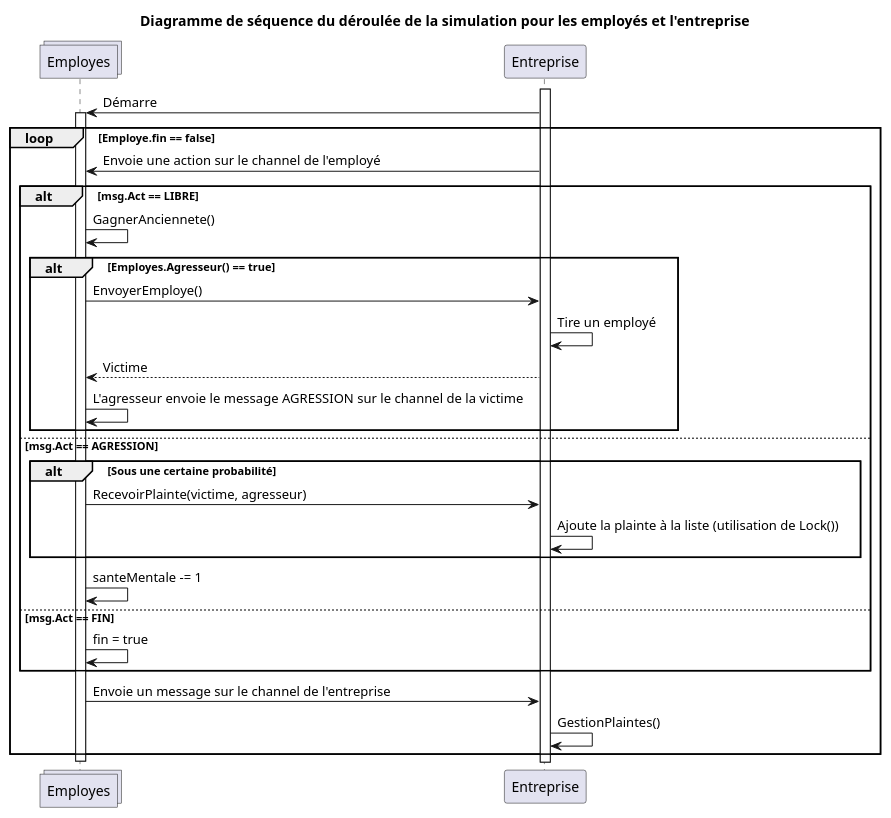
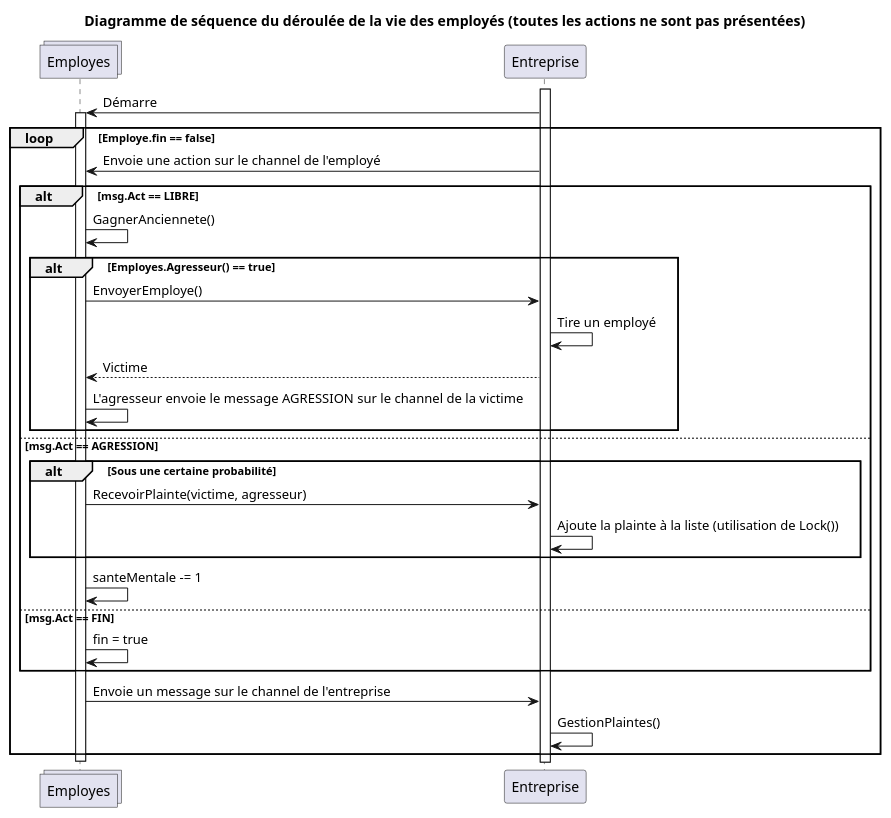
One commit to MiguelLaura/Recrutement_Inclusif_Paritaire changed the diagram in diagrammes/seq_Employe_Entreprise.iuml. Above: the diagram before and after it, drawn with PlantUML. The commit also changed 1 other file, not shown here.

```diff
--- a/diagrammes/seq_Employe_Entreprise.iuml
+++ b/diagrammes/seq_Employe_Entreprise.iuml
@@ -1,57 +1,57 @@
-@startuml Diagramme de séquence du déroulée de la simulation pour les employés et l'entreprise
+@startuml Diagramme de séquence du déroulée de la vie des employés (toutes les actions ne sont pas présentées)
 
-title Diagramme de séquence du déroulée de la simulation pour les employés et l'entreprise
+title Diagramme de séquence du déroulée de la vie des employés (toutes les actions ne sont pas présentées)
 
 collections Employes
 
 activate Entreprise
 
 Entreprise -> Employes : Démarre
 
 activate Employes
 
 loop Employe.fin == false
     Entreprise -> Employes : Envoie une action sur le channel de l'employé
     alt msg.Act == LIBRE
         Employes -> Employes : GagnerAnciennete()
         alt Employes.Agresseur() == true
             Employes -> Entreprise : EnvoyerEmploye()
             Entreprise -> Entreprise : Tire un employé
             Entreprise --> Employes : Victime
             Employes -> Employes : L'agresseur envoie le message AGRESSION sur le channel de la victime
         end alt
         ' alt Employes dans Entreprise.formation
         '     Employes -> Employes : Employes.seFormer()
         ' end alt
         ' alt Sous une certaine probabilité
         '     Employes -> Employes : Employes.avoirEnfant()
         ' end alt
         ' alt A eu un enfant et est une femme et sous une certaine probabilité
         '     Employes -> Employes : Employes.poserDemissionMaternite()
         ' end alt
         ' alt Employes.ancienneté > 43
         '     Employes -> Employes : Employes.partirRetraite()
         ' end alt
         ' alt Sous une certaine probabilité
         '     Employes -> Employes : Employes.poserDemission()
         ' end alt
     else msg.Act == AGRESSION
         alt Sous une certaine probabilité
             Employes -> Entreprise : RecevoirPlainte(victime, agresseur)
             Entreprise -> Entreprise : Ajoute la plainte à la liste (utilisation de Lock())
         end alt
         Employes -> Employes : santeMentale -= 1
         ' alt Employes.santeMentale < 0
         '     Employes -> Employes : Employes.partirDepression()
         ' end alt
     else msg.Act == FIN
         Employes -> Employes : fin = true
     end alt
     Employes -> Entreprise : Envoie un message sur le channel de l'entreprise
     Entreprise -> Entreprise : GestionPlaintes()
 
 end loop
 
 deactivate Employes
 
 @enduml
```
